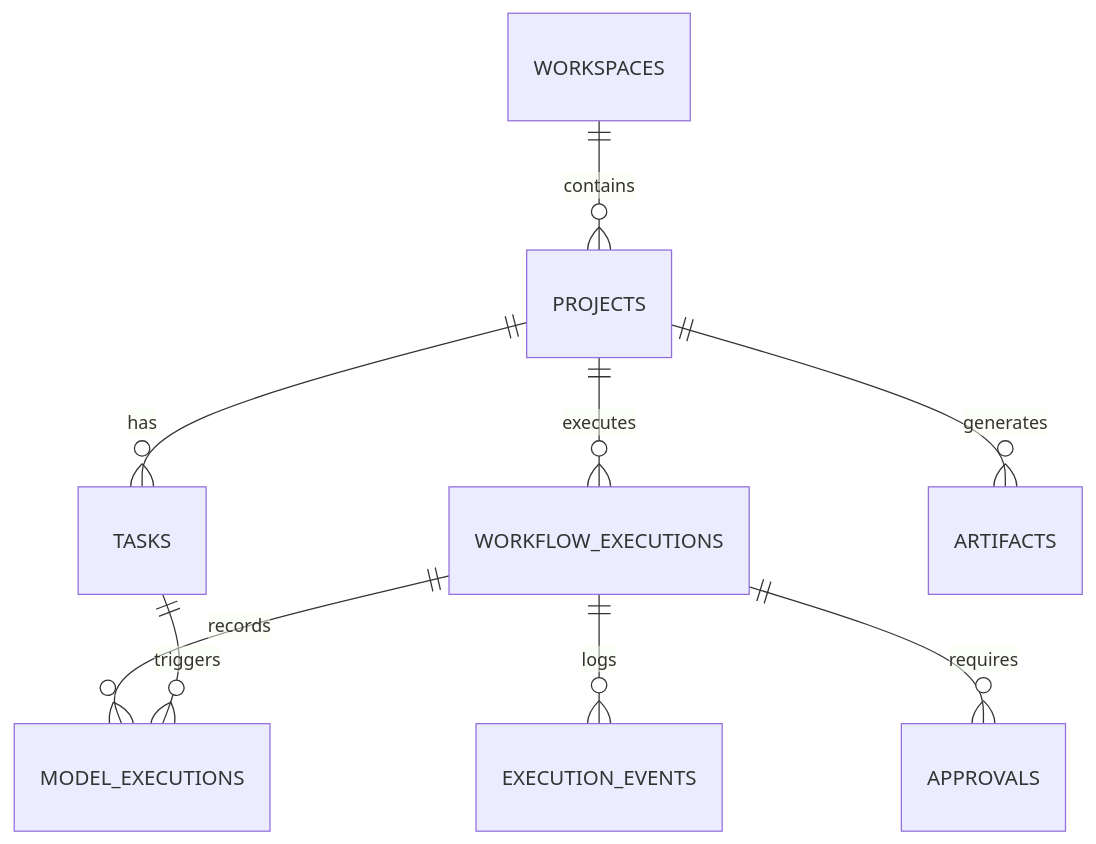
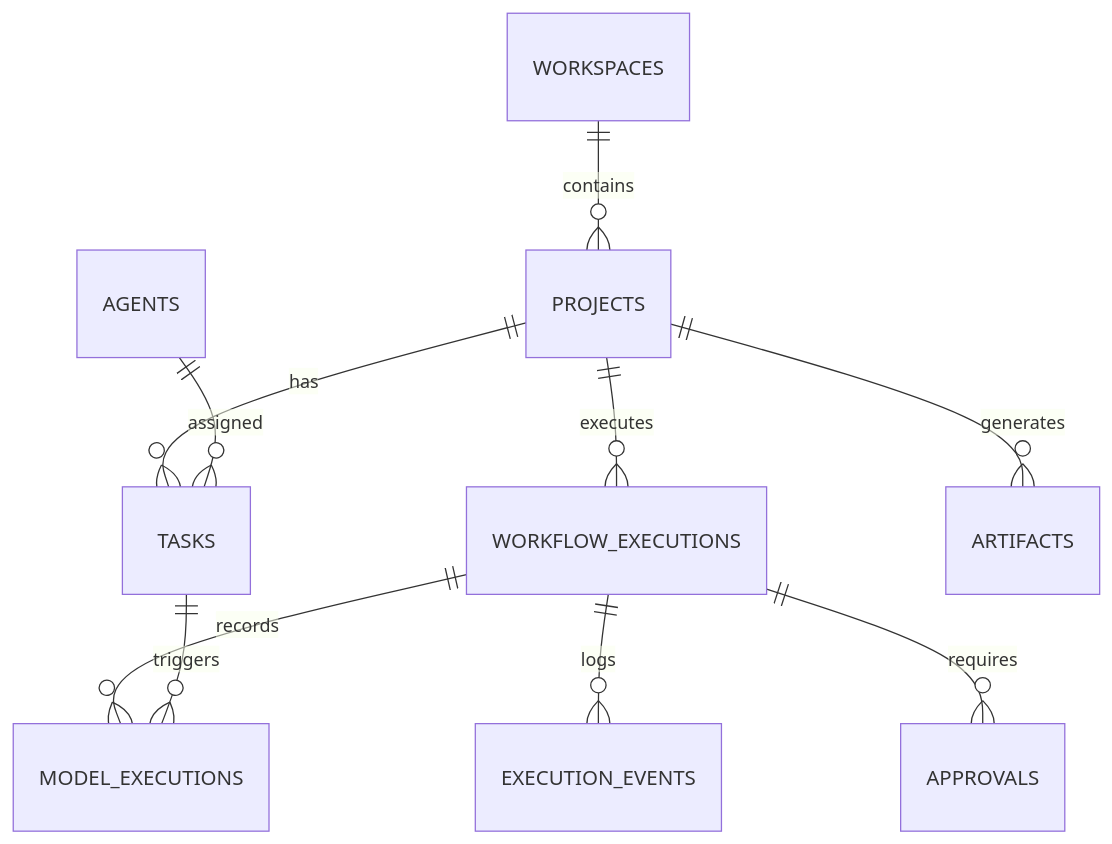
The second of 2 diagrams in docs/ARCHITECTURE.md (DonyNurArifR/astrava), drawn with Mermaid before and after one commit. The commit also changed other lines of this file and 32 other files, not shown here.

````diff
--- a/docs/ARCHITECTURE.md
+++ b/docs/ARCHITECTURE.md
@@ -94,11 +94,12 @@
 ```mermaid
 erDiagram
     WORKSPACES ||--o{ PROJECTS : contains
     PROJECTS ||--o{ TASKS : has
     PROJECTS ||--o{ WORKFLOW_EXECUTIONS : executes
     PROJECTS ||--o{ ARTIFACTS : generates
     WORKFLOW_EXECUTIONS ||--o{ EXECUTION_EVENTS : logs
     WORKFLOW_EXECUTIONS ||--o{ APPROVALS : requires
     WORKFLOW_EXECUTIONS ||--o{ MODEL_EXECUTIONS : records
     TASKS ||--o{ MODEL_EXECUTIONS : triggers
+    AGENTS ||--o{ TASKS : assigned
 ```
````
